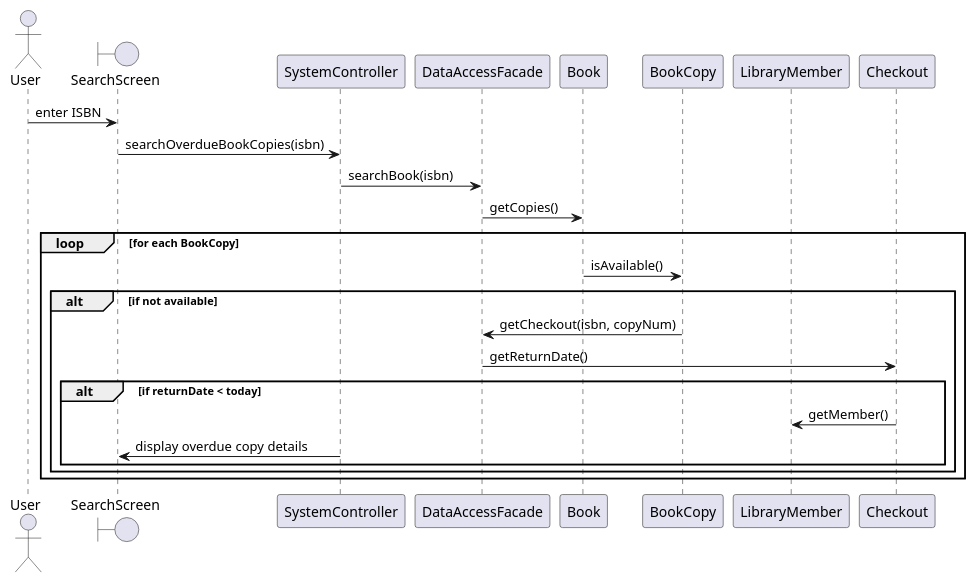
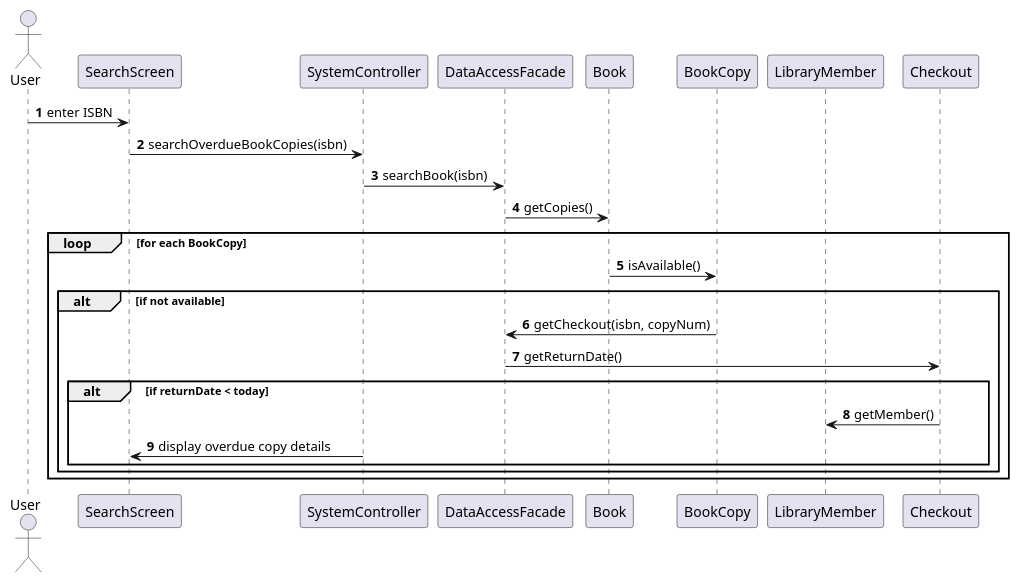
One commit to mohammed-almassri/LibraryGroupD changed the diagram in src/uml/seq3-opt.puml. Above: the diagram before and after it, drawn with PlantUML. The commit also changed 6 other files, not shown here.

```diff
--- a/src/uml/seq3-opt.puml
+++ b/src/uml/seq3-opt.puml
@@ -1,30 +1,30 @@
 @startuml
-
+autonumber
 actor User
 
-boundary SearchScreen
+participant SearchScreen
 participant SystemController
 participant DataAccessFacade
 participant Book
 participant BookCopy
 participant LibraryMember
 participant Checkout
 
 User -> SearchScreen: enter ISBN
 SearchScreen -> SystemController: searchOverdueBookCopies(isbn)
 SystemController -> DataAccessFacade: searchBook(isbn)
 DataAccessFacade -> Book: getCopies()
 
 loop for each BookCopy
     Book -> BookCopy: isAvailable()
     alt if not available
         BookCopy -> DataAccessFacade: getCheckout(isbn, copyNum)
         DataAccessFacade -> Checkout: getReturnDate()
         alt if returnDate < today
             Checkout -> LibraryMember: getMember()
             SystemController -> SearchScreen: display overdue copy details
         end
     end
 end
 
 @enduml
```
